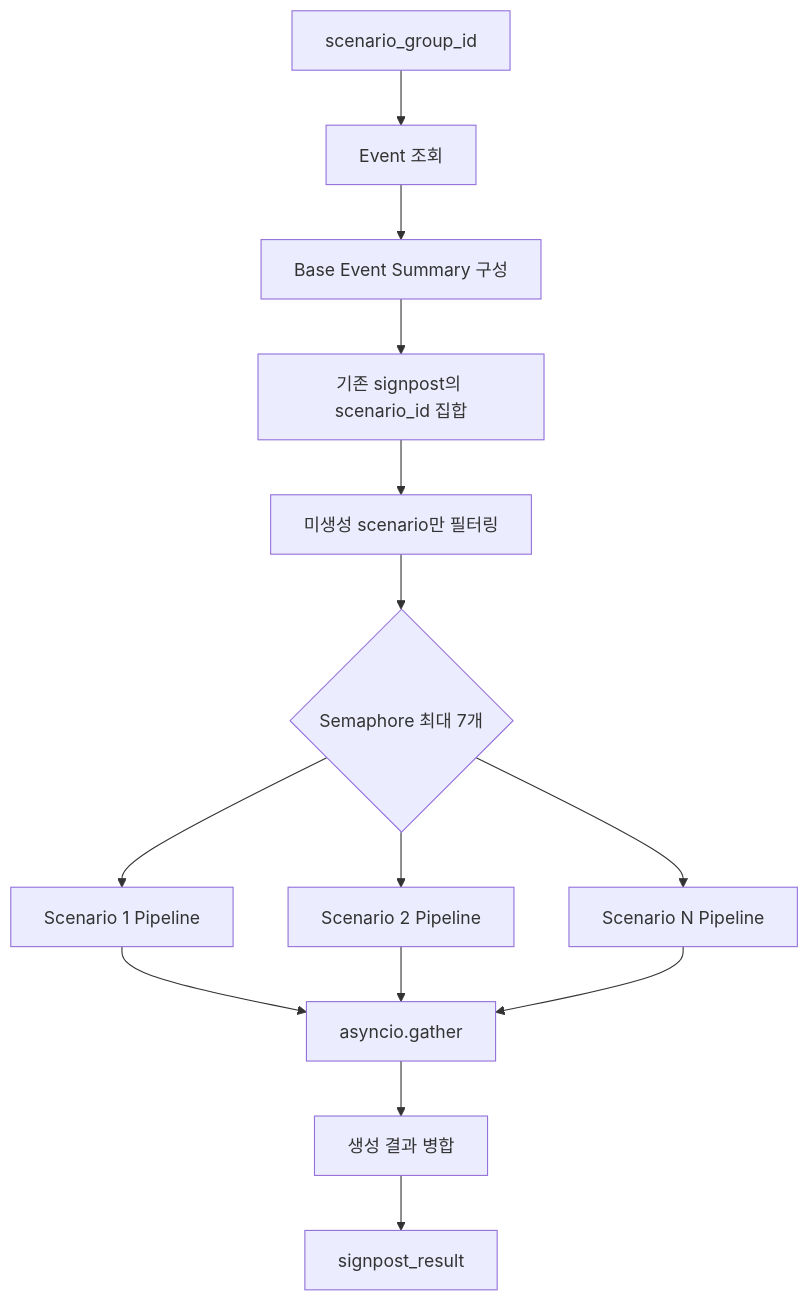
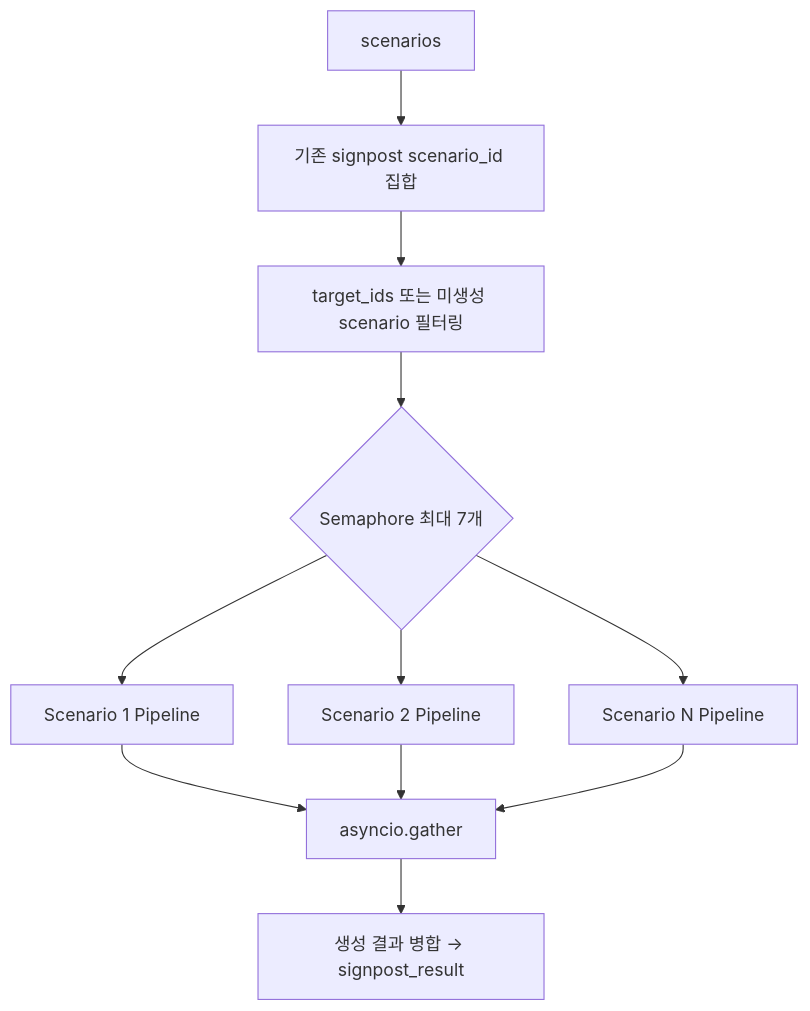
One commit to enkhbaatarL/skmip-mi-agent changed the fourth of 7 diagrams in docs/architectures/scenario_group_agent_logic.md. Above: the diagram before and after it, drawn with Mermaid. The commit also changed other lines of this file, not shown here.

````diff
--- a/docs/architectures/scenario_group_agent_logic.md
+++ b/docs/architectures/scenario_group_agent_logic.md
@@ -320,16 +277,13 @@
 ```mermaid
 flowchart TD
-    A[scenario_group_id] --> B[Event 조회]
-    B --> C[Base Event Summary 구성]
-    C --> D[기존 signpost의 scenario_id 집합]
-    D --> E[미생성 scenario만 필터링]
-    E --> F{Semaphore 최대 7개}
-    F --> G1[Scenario 1 Pipeline]
-    F --> G2[Scenario 2 Pipeline]
-    F --> G3[Scenario N Pipeline]
+    A[scenarios] --> B[기존 signpost scenario_id 집합]
+    B --> C[target_ids 또는 미생성 scenario 필터링]
+    C --> D{Semaphore 최대 7개}
+    D --> G1[Scenario 1 Pipeline]
+    D --> G2[Scenario 2 Pipeline]
+    D --> G3[Scenario N Pipeline]
     G1 --> H[asyncio.gather]
     G2 --> H
     G3 --> H
-    H --> I[생성 결과 병합]
-    I --> J[signpost_result]
+    H --> I[생성 결과 병합 → signpost_result]
 ```
````
